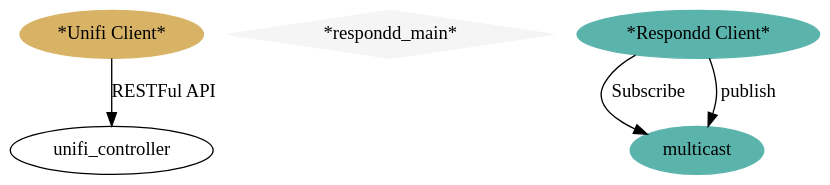
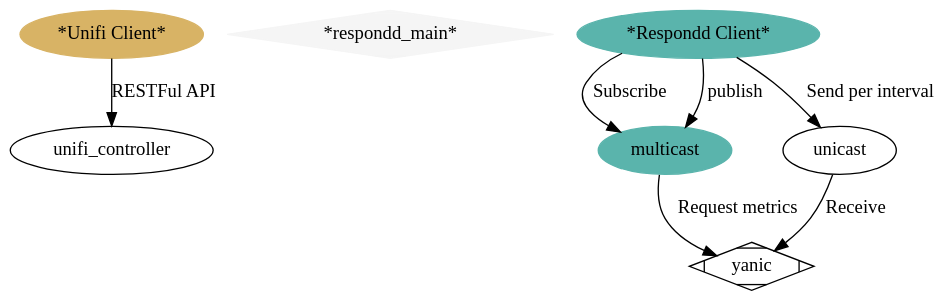
The diagram in docs/architecture.dot (freifunkMUC/unifi_respondd), drawn with Graphviz before and after one commit. The commit also changed 1 other file, not shown here.

```diff
--- a/docs/architecture.dot
+++ b/docs/architecture.dot
@@ -1,42 +1,57 @@
 # http://www.graphviz.org/content/cluster
 
 digraph G {
   graph [fontname = "Handlee"];
   node [fontname = "Handlee"];
   edge [fontname = "Handlee"];
 
   bgcolor=transparent;
 
   subgraph unifi_client {
+    style=filled;
+    color=lightgrey;
+    style="dotted"
+    node [style=filled,color="#d8b365"];
+    unifi_client [label="*Unifi Client*"];
+    fontsize = 20;
+  }
+
+  subgraph yanic {
     style=filled;
     color=lightgrey;
     style="dotted"
     node [style=filled,color="#d8b365"];
     unifi_client [label="*Unifi Client*"];
     fontsize = 20;
   }
 
  subgraph respondd {
     node [style=filled,color="#f5f5f5"];
     style="dotted"
     respondd [label="*respondd_main*"];
     fontsize = 20;
     color=blue
   }
   subgraph respondd_client {
     node [style=filled,color="#5ab4ac"];
     style="dotted"
     color=blue;
-    label = "*WGKEX Worker*";
+    label = "*respondd_client*";
     fontsize = 20;
     color=blue
     multicast -> respondd_client -> multicast[style=invis];
     respondd_client [label="*Respondd Client*"];
   }
+
+  yanic [shape=Mdiamond];
+  
   unifi_client -> unifi_controller [label="RESTFul API"];
   respondd_client -> multicast [label="publish"];
   respondd_client -> multicast [label="Subscribe"];
+  respondd_client -> unicast [label="Send per interval"];
+  unicast -> yanic [label="Receive"]
+  multicast -> yanic [label="Request metrics"]
   {respondd [shape=Mdiamond];}
-  {rank=same unifi_controller multicast}
+  {rank=same unifi_controller multicast unicast}
   {rank=same unifi_client respondd_client}
 }
```
